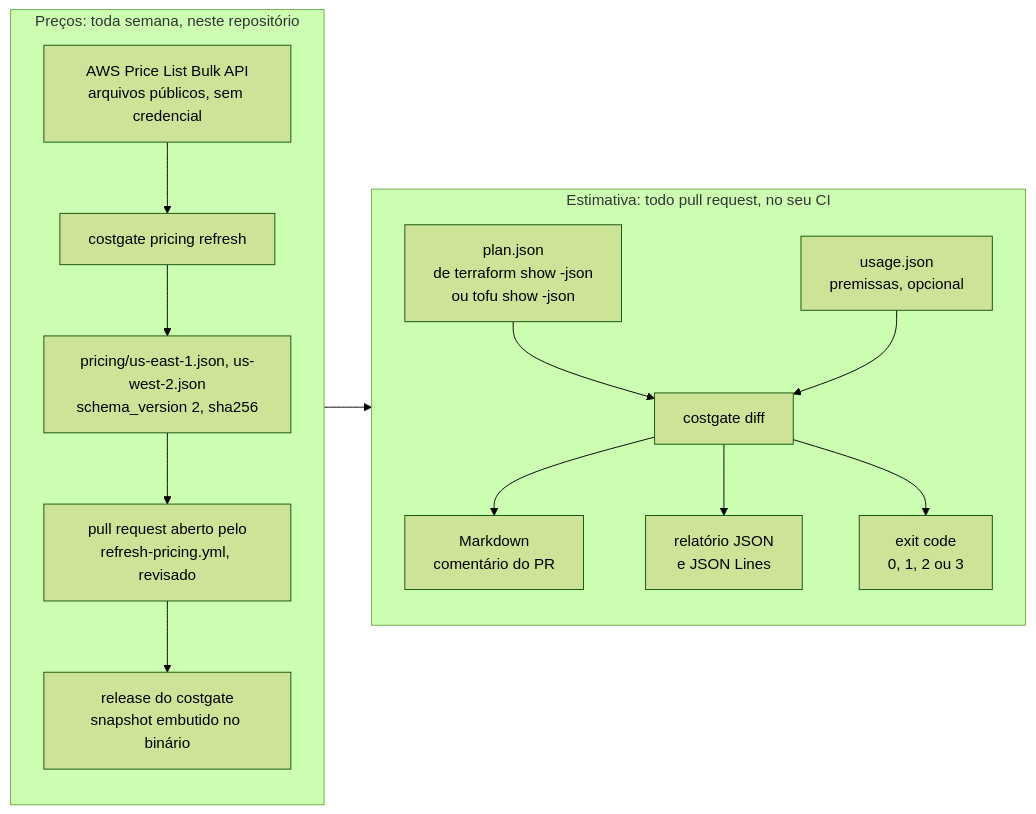
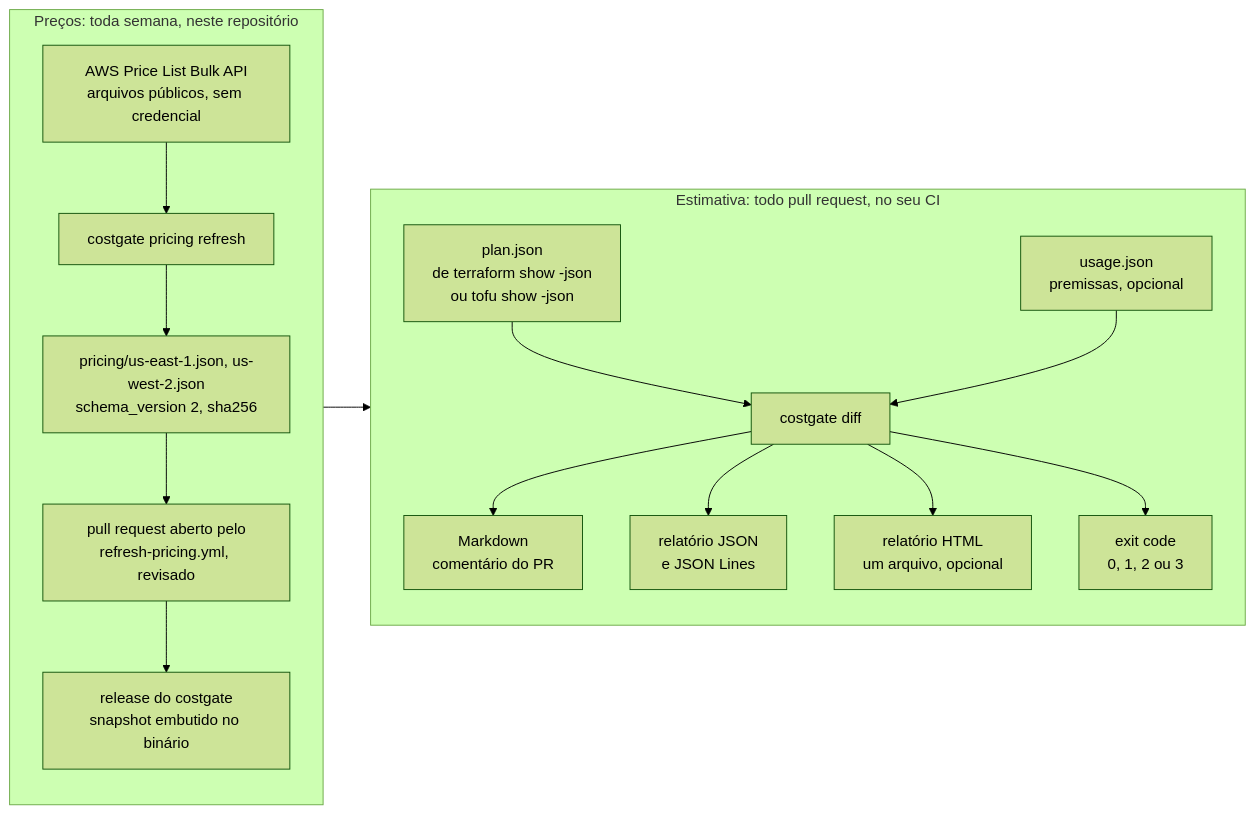
The diagram in README.pt-BR.md (leosavio/costgate), drawn with Mermaid (forest theme) before and after one commit. The commit also changed other lines of this file and 29 other files, not shown here.

````diff
--- a/README.pt-BR.md
+++ b/README.pt-BR.md
@@ -27,19 +29,20 @@
 ```mermaid
 flowchart LR
   subgraph prices["Preços: toda semana, neste repositório"]
     direction TB
     api["AWS Price List Bulk API<br/>arquivos públicos, sem credencial"] --> refresh["costgate pricing refresh"]
     refresh --> snap["pricing/us-east-1.json, us-west-2.json<br/>schema_version 2, sha256"]
     snap --> pr["pull request aberto pelo<br/>refresh-pricing.yml, revisado"]
     pr --> bin["release do costgate<br/>snapshot embutido no binário"]
   end
   subgraph estimate["Estimativa: todo pull request, no seu CI"]
     direction TB
     plan["plan.json<br/>de terraform show -json<br/>ou tofu show -json"] --> diff["costgate diff"]
     usage["usage.json<br/>premissas, opcional"] --> diff
     diff --> md["Markdown<br/>comentário do PR"]
     diff --> js["relatório JSON<br/>e JSON Lines"]
+    diff --> html["relatório HTML<br/>um arquivo, opcional"]
     diff --> code["exit code<br/>0, 1, 2 ou 3"]
   end
   bin --> diff
 ```
````
